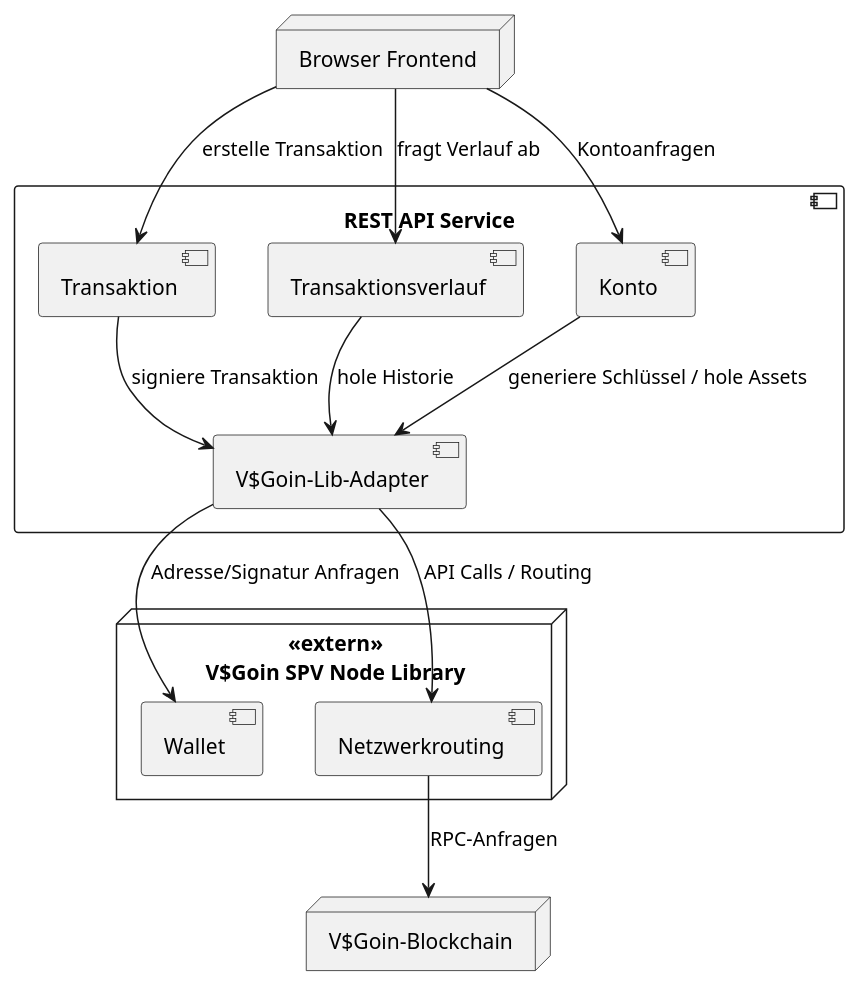
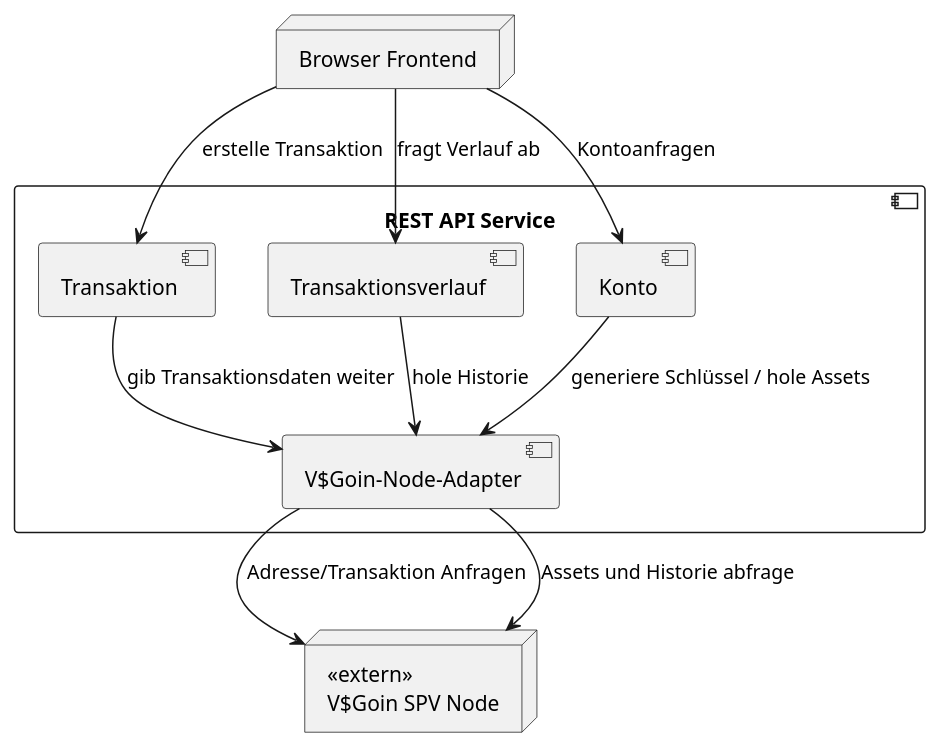
The second of 4 diagrams in docs/arc42/arc42-Api/API.md (bjoern621/VSP-Blockchain), drawn with PlantUML before and after one commit. The commit also changed other lines of this file, not shown here.

Commit message:
Wechsel von Library zu lokaler Node

`````diff
--- a/docs/arc42/arc42-Api/API.md
+++ b/docs/arc42/arc42-Api/API.md
@@ -190,56 +192,46 @@
     ````plantuml
     @startuml
     node "Browser Frontend" as browser
     
     ' =====================
     '   System Boundary
     ' =====================
     component "REST API Service" as api {
     
         component "Transaktion" as transaction
         component "Transaktionsverlauf" as verlauf
         component "Konto" as konto
-        component "V$Goin-Lib-Adapter" as adapter
+        component "V$Goin-Node-Adapter" as adapter
     }
     
     ' =====================
     '   External Library
     ' =====================
-    node "<<extern>>\nV$Goin SPV Node Library" as lib {
-        component "Wallet" as libWallet
-        component "Netzwerkrouting" as libNet
-    }
+    node "<<extern>>\nV$Goin SPV Node" as lib 
     
-    ' =====================
-    '   External Blockchain
-    ' =====================
-    node "V$Goin-Blockchain" as blockChain
     
     
     ' ---------------------------------------------
     ' Browser → System
     ' ---------------------------------------------
     browser --> transaction : erstelle Transaktion
     browser --> verlauf : fragt Verlauf ab
     browser --> konto : Kontoanfragen
     
     ' ---------------------------------------------
     ' System intern
     ' ---------------------------------------------
-    transaction --> adapter : signiere Transaktion
+    transaction --> adapter : gib Transaktionsdaten weiter
     verlauf     --> adapter : hole Historie
     konto     --> adapter : generiere Schlüssel / hole Assets
     
     ' ---------------------------------------------
     ' Adapter → Library
     ' ---------------------------------------------
-    adapter --> libWallet : Adresse/Signatur Anfragen
-    adapter --> libNet  : API Calls / Routing
+    adapter --> lib : Adresse/Transaktion Anfragen
+    adapter --> lib  : Assets und Historie abfrage
     
-    ' ---------------------------------------------
-    ' Library → Blockchain
-    ' ---------------------------------------------
-    libNet --> blockChain : RPC-Anfragen
+
     
     @enduml
     ````
`````
